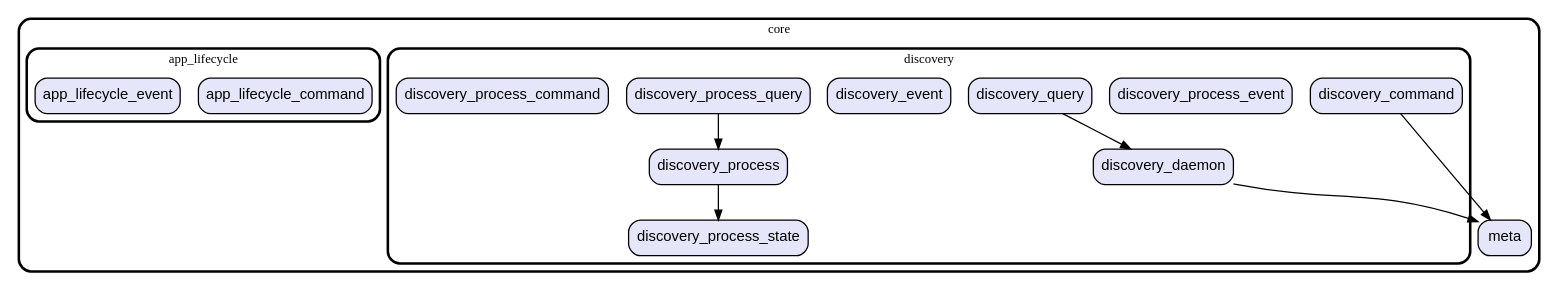
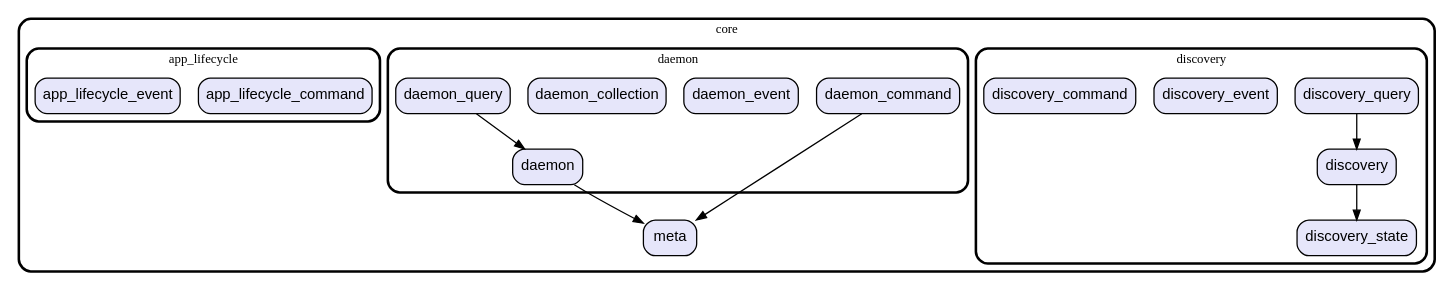
Before and after one commit to gev/reacthome-mobile: the diagram in graph/lib/core.dot, drawn with Graphviz. The commit also changed 13 other files, not shown here.

Commit message:
update the modules dependencies graph

```diff
--- a/graph/lib/core.dot
+++ b/graph/lib/core.dot
@@ -1,43 +1,48 @@
 digraph "" {
   graph [style=rounded fontname="Arial Black" fontsize=13 penwidth=2.6];
   node [shape=rect style="filled,rounded" fontname=Arial fontsize=15 fillcolor=Lavender penwidth=1.3];
   edge [penwidth=1.3];
   "/meta.dart" [label="meta"];
-  "/discovery/discovery_process_query.dart" [label="discovery_process_query"];
-  "/discovery/discovery_process_event.dart" [label="discovery_process_event"];
-  "/discovery/discovery_daemon.dart" [label="discovery_daemon"];
-  "/discovery/discovery_process.dart" [label="discovery_process"];
+  "/discovery/discovery_state.dart" [label="discovery_state"];
   "/discovery/discovery_query.dart" [label="discovery_query"];
   "/discovery/discovery_event.dart" [label="discovery_event"];
   "/discovery/discovery_command.dart" [label="discovery_command"];
-  "/discovery/discovery_process_state.dart" [label="discovery_process_state"];
-  "/discovery/discovery_process_command.dart" [label="discovery_process_command"];
+  "/discovery/discovery.dart" [label="discovery"];
+  "/daemon/daemon.dart" [label="daemon"];
+  "/daemon/daemon_query.dart" [label="daemon_query"];
+  "/daemon/daemon_event.dart" [label="daemon_event"];
+  "/daemon/daemon_collection.dart" [label="daemon_collection"];
+  "/daemon/daemon_command.dart" [label="daemon_command"];
   "/app_lifecycle/app_lifecycle_command.dart" [label="app_lifecycle_command"];
   "/app_lifecycle/app_lifecycle_event.dart" [label="app_lifecycle_event"];
   subgraph "cluster~" {
     label="core";
     "/meta.dart";
     subgraph "cluster~/discovery" {
       label="discovery";
-      "/discovery/discovery_process_query.dart";
-      "/discovery/discovery_process_event.dart";
-      "/discovery/discovery_daemon.dart";
-      "/discovery/discovery_process.dart";
+      "/discovery/discovery_state.dart";
       "/discovery/discovery_query.dart";
       "/discovery/discovery_event.dart";
       "/discovery/discovery_command.dart";
-      "/discovery/discovery_process_state.dart";
-      "/discovery/discovery_process_command.dart";
+      "/discovery/discovery.dart";
+    }
+    subgraph "cluster~/daemon" {
+      label="daemon";
+      "/daemon/daemon.dart";
+      "/daemon/daemon_query.dart";
+      "/daemon/daemon_event.dart";
+      "/daemon/daemon_collection.dart";
+      "/daemon/daemon_command.dart";
     }
     subgraph "cluster~/app_lifecycle" {
       label="app_lifecycle";
       "/app_lifecycle/app_lifecycle_command.dart";
       "/app_lifecycle/app_lifecycle_event.dart";
     }
   }
-  "/discovery/discovery_process_query.dart" -> "/discovery/discovery_process.dart";
-  "/discovery/discovery_daemon.dart" -> "/meta.dart";
-  "/discovery/discovery_process.dart" -> "/discovery/discovery_process_state.dart";
-  "/discovery/discovery_query.dart" -> "/discovery/discovery_daemon.dart";
-  "/discovery/discovery_command.dart" -> "/meta.dart";
+  "/discovery/discovery_query.dart" -> "/discovery/discovery.dart";
+  "/discovery/discovery.dart" -> "/discovery/discovery_state.dart";
+  "/daemon/daemon.dart" -> "/meta.dart";
+  "/daemon/daemon_query.dart" -> "/daemon/daemon.dart";
+  "/daemon/daemon_command.dart" -> "/meta.dart";
 }
```
